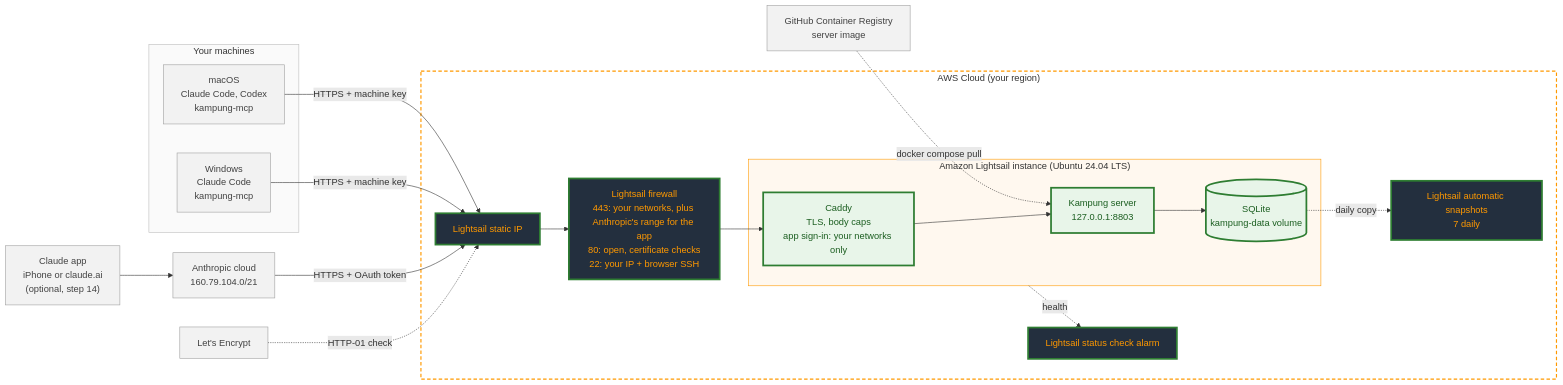
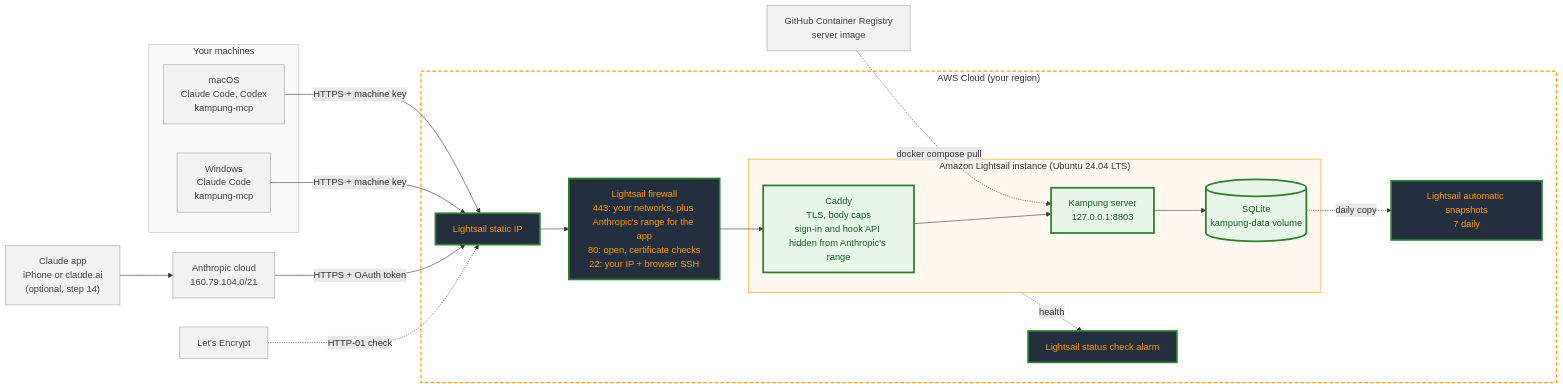
Before and after one commit to jztan/kampung-mcp: the diagram in docs/deploy-lightsail.md, drawn with Mermaid. The commit also changed other lines of this file and 9 other files, not shown here.

First line of the commit message:
docs: align the docs and diagrams with v0.3.0

````diff
--- a/docs/deploy-lightsail.md
+++ b/docs/deploy-lightsail.md
@@ -13,43 +13,43 @@
 ```mermaid
 flowchart LR
     subgraph clients["Your machines"]
         mac["macOS<br/>Claude Code, Codex<br/>kampung-mcp"]
         win["Windows<br/>Claude Code<br/>kampung-mcp"]
     end
     app["Claude app<br/>iPhone or claude.ai<br/>(optional, step 14)"]
     anth["Anthropic cloud<br/>160.79.104.0/21"]
     le["Let's Encrypt"]
     ghcr["GitHub Container Registry<br/>server image"]
 
     subgraph aws["AWS Cloud (your region)"]
         fw["Lightsail firewall<br/>443: your networks, plus Anthropic's range for the app<br/>80: open, certificate checks<br/>22: your IP + browser SSH"]
         ip["Lightsail static IP"]
         subgraph inst["Amazon Lightsail instance (Ubuntu 24.04 LTS)"]
-            caddy["Caddy<br/>TLS, body caps<br/>app sign-in: your networks only"]
+            caddy["Caddy<br/>TLS, body caps<br/>sign-in and hook API hidden from Anthropic's range"]
             kampung["Kampung server<br/>127.0.0.1:8803"]
             db[("SQLite<br/>kampung-data volume")]
         end
         snap["Lightsail automatic snapshots<br/>7 daily"]
         alarm["Lightsail status check alarm"]
     end
 
     mac -- "HTTPS + machine key" --> ip
     win -- "HTTPS + machine key" --> ip
     app --> anth
     anth -- "HTTPS + OAuth token" --> ip
     le -. "HTTP-01 check" .-> ip
     ghcr -. "docker compose pull" .-> kampung
     ip --> fw --> caddy --> kampung --> db
     db -. "daily copy" .-> snap
     inst -. "health" .-> alarm
 
     classDef awsnew fill:#232F3E,color:#FF9900,stroke:#2e7d32,stroke-width:3px
     classDef appnew fill:#e8f5e9,color:#1b5e20,stroke:#2e7d32,stroke-width:3px
     classDef existing fill:#f2f2f2,color:#424242,stroke:#9e9e9e
     class fw,ip,snap,alarm awsnew
     class caddy,kampung,db appnew
     class mac,win,le,ghcr,app,anth existing
     style aws fill:#ffffff,stroke:#FF9900,stroke-width:2px,stroke-dasharray:6 4
     style inst fill:#fff8ef,stroke:#FF9900
     style clients fill:#fafafa,stroke:#bdbdbd
 ```
````
